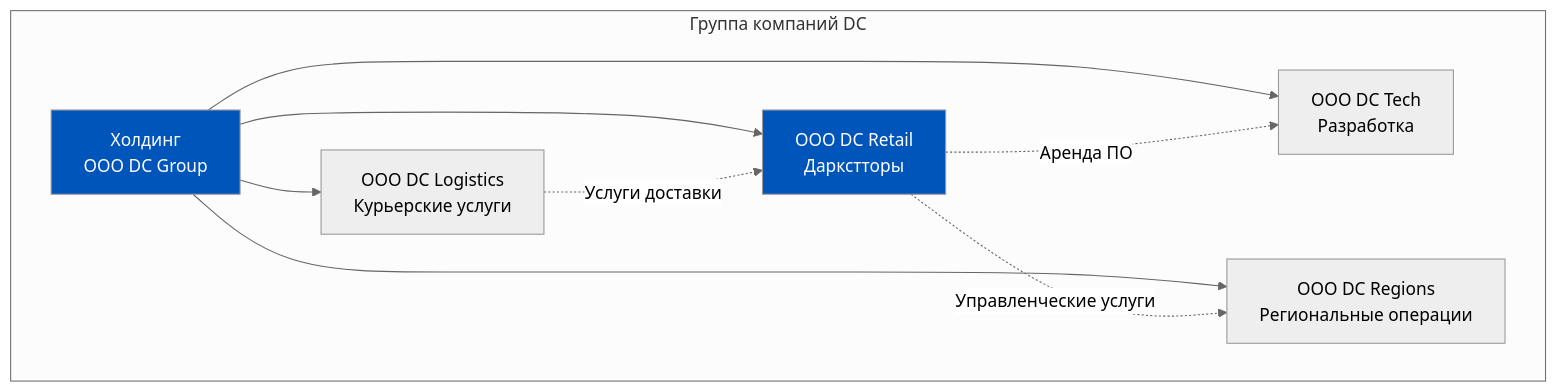
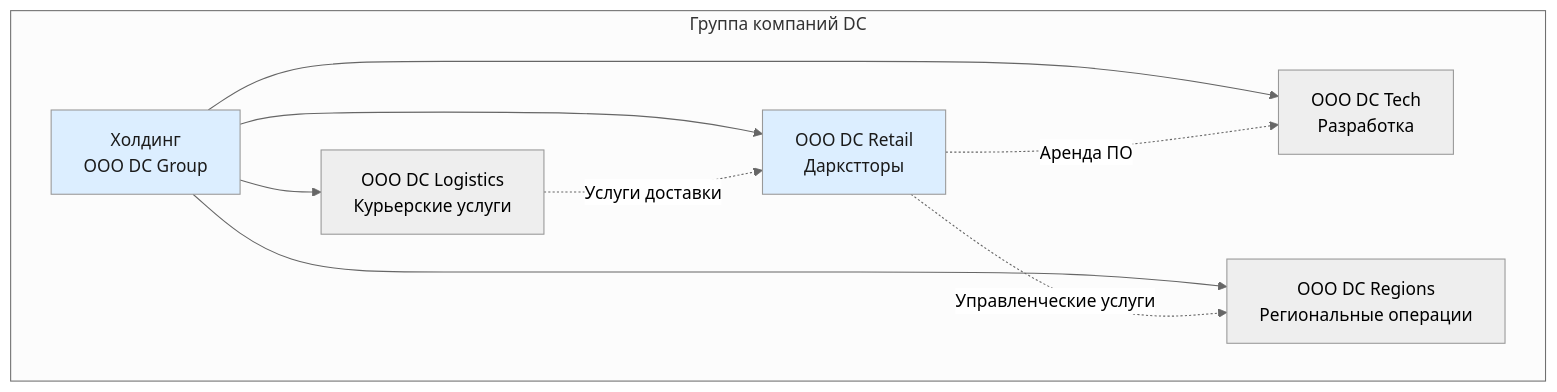
The fifth of 11 diagrams in content/1c-erp/week_7/Неделя 7 - День 7 - История Delivery Club.md (murad1986/1c-erp-quartz), drawn with Mermaid (neutral theme) before and after one commit. The commit also changed other lines of this file and 57 other files, not shown here.

First line of the commit message:
fix: Mermaid — пастельные цвета в источниках диаграмм (56 файлов)

````diff
--- a/content/1c-erp/week_7/Неделя 7 - День 7 - История Delivery Club.md
+++ b/content/1c-erp/week_7/Неделя 7 - День 7 - История Delivery Club.md
@@ -280,16 +280,16 @@
 ```mermaid
 graph TD
     subgraph Группа компаний DC
         H[Холдинг<br/> ООО DC Group]
         H --> L1[ООО DC Logistics<br/>Курьерские услуги]
         H --> L2[ООО DC Retail<br/>Даркстторы]
         H --> L3[ООО DC Tech<br/>Разработка]
         H --> L4[ООО DC Regions<br/>Региональные операции]
     end
     L1 -.->|Услуги доставки| L2
     L2 -.->|Аренда ПО| L3
     L2 -.->|Управленческие услуги| L4
 
-    style H fill:#0055BB,color:#fff
-    style L2 fill:#0055BB,color:#fff
+    style H fill:#dceeff,color:#1a1a1a
+    style L2 fill:#dceeff,color:#1a1a1a
 ```
````
